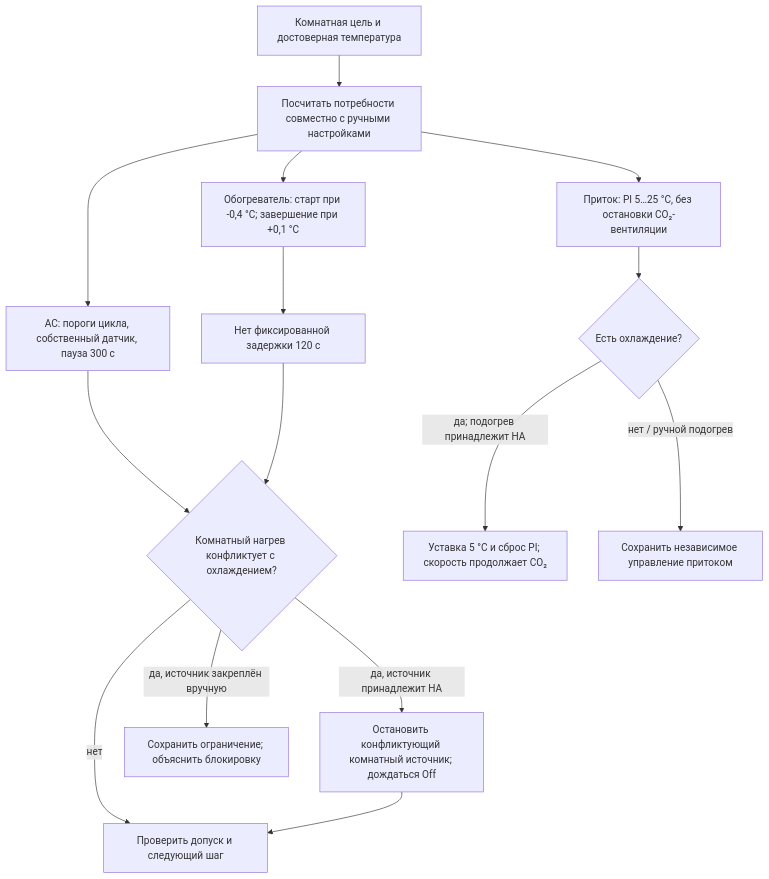
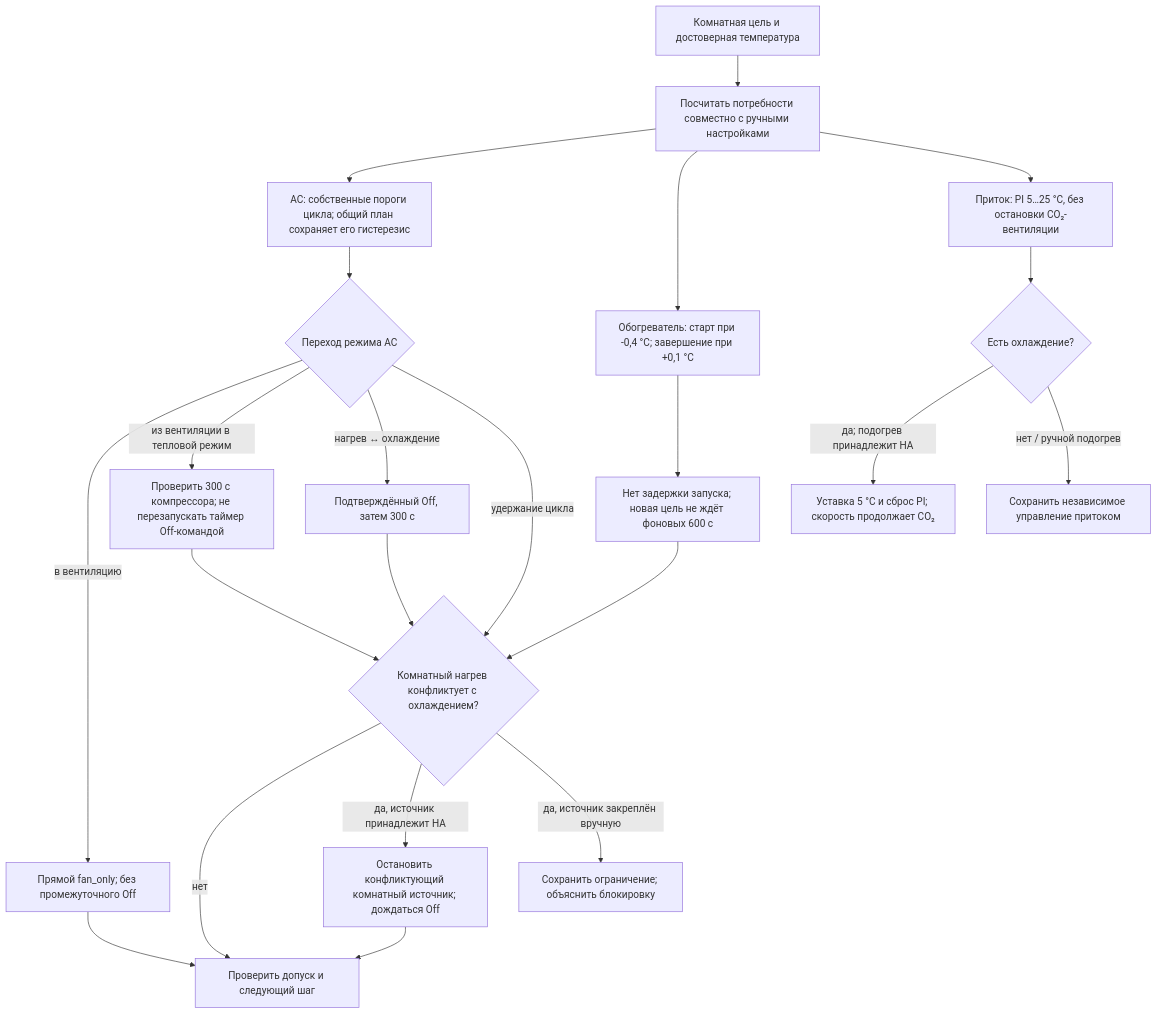
Before and after one commit to nd4y/ha-material3: the diagram in docs/diagrams/06-temperature.mmd, drawn with Mermaid. The commit also changed 10 other files, not shown here.

First line of the commit message:
docs: align controller diagrams with cycle and timing fixes (#57)

```diff
--- a/docs/diagrams/06-temperature.mmd
+++ b/docs/diagrams/06-temperature.mmd
@@ -1,15 +1,22 @@
 flowchart TD
   T["Комнатная цель и достоверная температура"] --> P["Посчитать потребности совместно с ручными настройками"]
-  P --> AC["AC: пороги цикла, собственный датчик, пауза 300 с"]
+  P --> AC["AC: собственные пороги цикла; общий план сохраняет его гистерезис"]
   P --> H["Обогреватель: старт при -0,4 °C; завершение при +0,1 °C"]
   P --> B["Приток: PI 5…25 °C, без остановки CO₂-вентиляции"]
-  H --> NH["Нет фиксированной задержки 120 с"]
-  AC --> J{"Комнатный нагрев конфликтует с охлаждением?"}
+  H --> NH["Нет задержки запуска; новая цель не ждёт фоновых 600 с"]
+  AC --> A{"Переход режима AC"}
+  A -- "в вентиляцию" --> F["Прямой fan_only; без промежуточного Off"]
+  A -- "из вентиляции в тепловой режим" --> T300["Проверить 300 с компрессора; не перезапускать таймер Off-командой"]
+  A -- "нагрев ↔ охлаждение" --> AOFF["Подтверждённый Off, затем 300 с"]
+  A -- "удержание цикла" --> J{"Комнатный нагрев конфликтует с охлаждением?"}
+  F --> G
+  T300 --> J
+  AOFF --> J
   NH --> J
   J -- "нет" --> G["Проверить допуск и следующий шаг"]
   J -- "да, источник принадлежит HA" --> O["Остановить конфликтующий комнатный источник; дождаться Off"]
   J -- "да, источник закреплён вручную" --> W["Сохранить ограничение; объяснить блокировку"]
   O --> G
   B --> C{"Есть охлаждение?"}
   C -- "да; подогрев принадлежит HA" --> M["Уставка 5 °C и сброс PI; скорость продолжает CO₂"]
   C -- "нет / ручной подогрев" --> K["Сохранить независимое управление притоком"]
```
